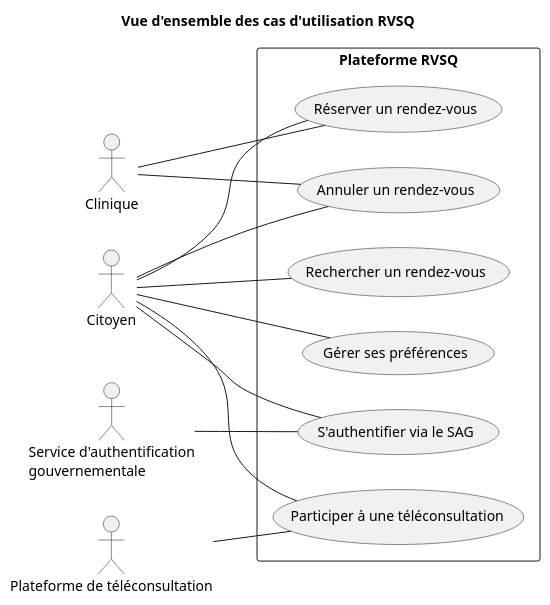
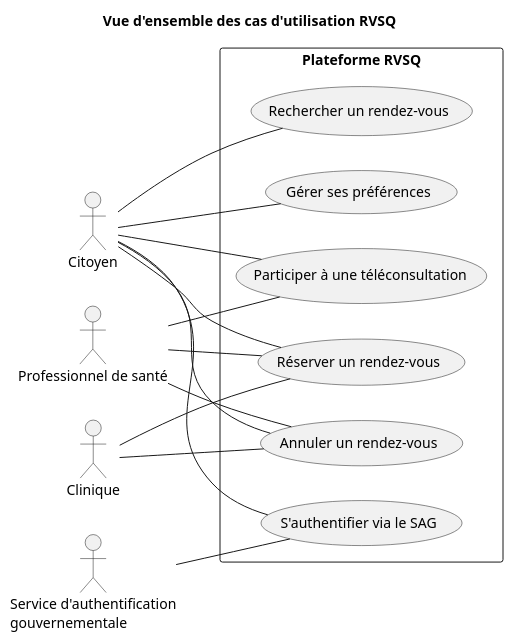
The diagram in RVSQ-UC-00_Vue_Ensemble.puml (serghino/use-cases-RVSQ), drawn with PlantUML before and after one commit. The commit also changed 6 other files, not shown here.

```diff
--- a/RVSQ-UC-00_Vue_Ensemble.puml
+++ b/RVSQ-UC-00_Vue_Ensemble.puml
@@ -1,34 +1,36 @@
 @startuml RVSQ-UC-00_Vue_Ensemble
 left to right direction
 
 title Vue d'ensemble des cas d'utilisation RVSQ
 
 actor "Citoyen" as Citoyen
+actor "Professionnel de santé" as Professionnel
 actor "Clinique" as Clinique
 actor "Service d'authentification\ngouvernementale" as SAG
-actor "Plateforme de téléconsultation" as Tele
 
 rectangle "Plateforme RVSQ" {
   usecase "Rechercher un rendez-vous" as UC_Recherche
   usecase "Réserver un rendez-vous" as UC_Reservation
   usecase "Annuler un rendez-vous" as UC_Annulation
   usecase "Gérer ses préférences" as UC_Preferences
   usecase "S'authentifier via le SAG" as UC_Authentification
   usecase "Participer à une téléconsultation" as UC_Teleconsultation
 }
 
 Citoyen -- UC_Recherche
 Citoyen -- UC_Reservation
 Citoyen -- UC_Annulation
 Citoyen -- UC_Preferences
 Citoyen -- UC_Authentification
 Citoyen -- UC_Teleconsultation
 
+Professionnel -- UC_Reservation
+Professionnel -- UC_Annulation
+Professionnel -- UC_Teleconsultation
+
 Clinique -- UC_Reservation
 Clinique -- UC_Annulation
 
 SAG -- UC_Authentification
 
-Tele -- UC_Teleconsultation
-
 @enduml
```
